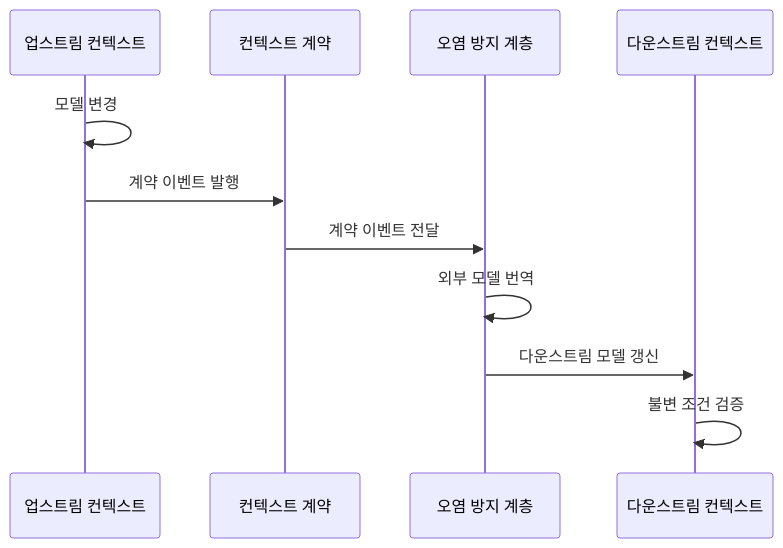
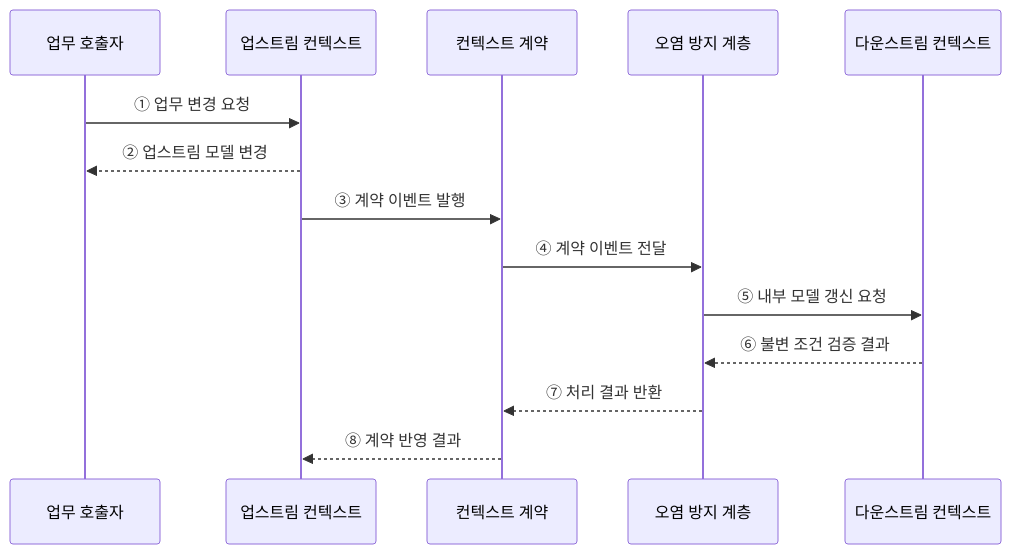
One commit to agnusdei1207/knowledge-base changed the second of 2 diagrams in src/content/docs/notes/03-software/050_bounded_context.md. Above: the diagram before and after it, drawn with Mermaid. The commit also changed other lines of this file and 20 other files, not shown here.

````diff
--- a/src/content/docs/notes/03-software/050_bounded_context.md
+++ b/src/content/docs/notes/03-software/050_bounded_context.md
@@ -86,13 +77,16 @@
 ```mermaid
 sequenceDiagram
+    participant A as 업무 호출자
     participant U as 업스트림 컨텍스트
     participant C as 컨텍스트 계약
-    participant A as 오염 방지 계층
+    participant L as 오염 방지 계층
     participant D as 다운스트림 컨텍스트
-    U->>U: 모델 변경
-    U->>C: 계약 이벤트 발행
-    C->>A: 계약 이벤트 전달
-    A->>A: 외부 모델 번역
-    A->>D: 다운스트림 모델 갱신
-    D->>D: 불변 조건 검증
+    A->>U: ① 업무 변경 요청
+    U-->>A: ② 업스트림 모델 변경
+    U->>C: ③ 계약 이벤트 발행
+    C->>L: ④ 계약 이벤트 전달
+    L->>D: ⑤ 내부 모델 갱신 요청
+    D-->>L: ⑥ 불변 조건 검증 결과
+    L-->>C: ⑦ 처리 결과 반환
+    C-->>U: ⑧ 계약 반영 결과
 ```
````
